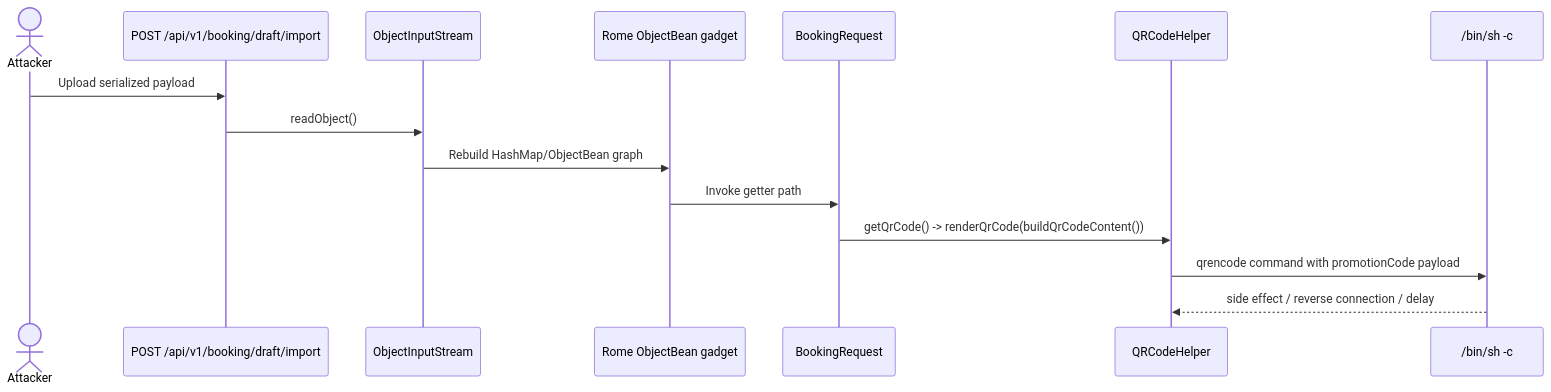
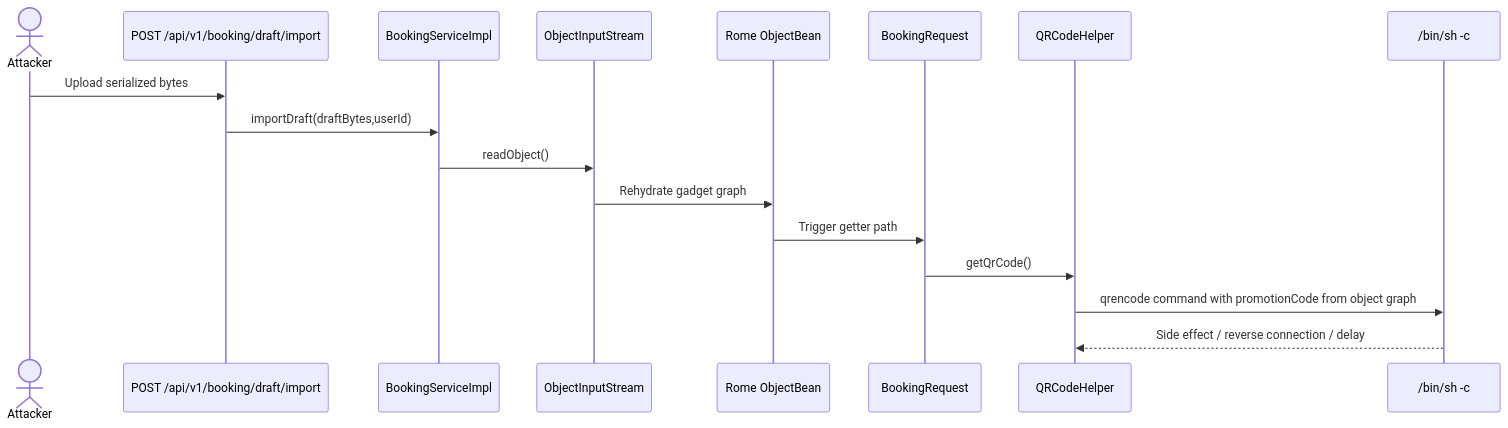
One commit to tr1la/WebLab_KTVAirline changed diagram 21 of 21 in Report/Weblab All Vulnerabilities.md. Above: the diagram before and after it, drawn with Mermaid. The commit also changed other lines of this file and 26 other files, not shown here.

````diff
--- a/Report/Weblab All Vulnerabilities.md
+++ b/Report/Weblab All Vulnerabilities.md
@@ -2388,18 +2868,20 @@
 ```mermaid
 sequenceDiagram
     actor Attacker
     participant Import as POST /api/v1/booking/draft/import
+    participant Service as BookingServiceImpl
     participant OIS as ObjectInputStream
-    participant Rome as Rome ObjectBean gadget
+    participant Rome as Rome ObjectBean
     participant Req as BookingRequest
     participant QR as QRCodeHelper
     participant Shell as /bin/sh -c
 
-    Attacker->>Import: Upload serialized payload
-    Import->>OIS: readObject()
-    OIS->>Rome: Rebuild HashMap/ObjectBean graph
-    Rome->>Req: Invoke getter path
-    Req->>QR: getQrCode() -> renderQrCode(buildQrCodeContent())
-    QR->>Shell: qrencode command with promotionCode payload
-    Shell-->>QR: side effect / reverse connection / delay
+    Attacker->>Import: Upload serialized bytes
+    Import->>Service: importDraft(draftBytes,userId)
+    Service->>OIS: readObject()
+    OIS->>Rome: Rehydrate gadget graph
+    Rome->>Req: Trigger getter path
+    Req->>QR: getQrCode()
+    QR->>Shell: qrencode command with promotionCode from object graph
+    Shell-->>QR: Side effect / reverse connection / delay
 ```
````
